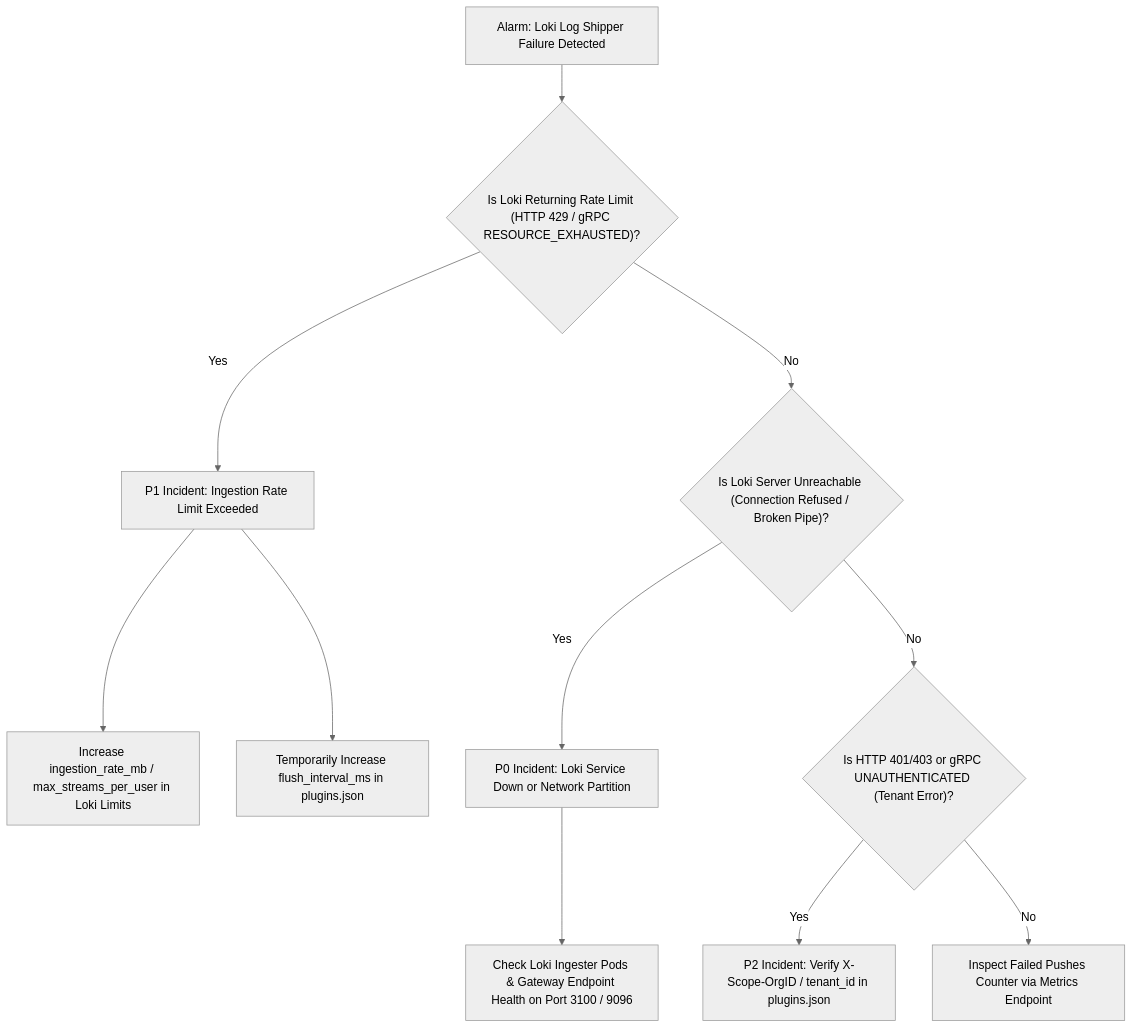
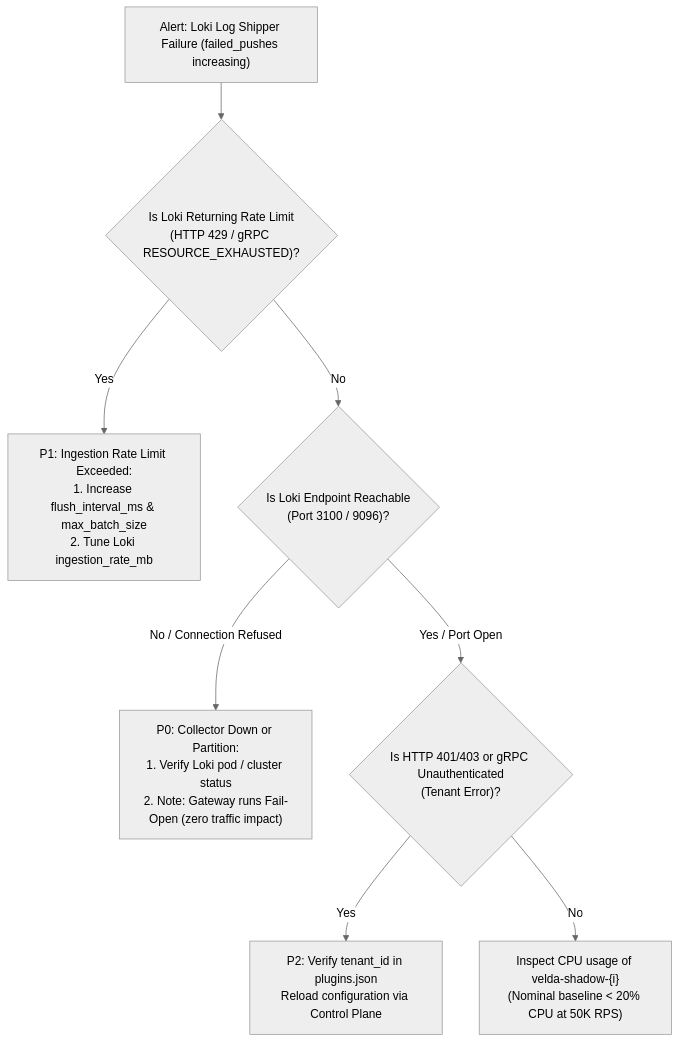
Before and after one commit to phucle996/velda-edge: the diagram in crates/velda-plugin/src/background/loki_log_shipper/RUNBOOK.md, drawn with Mermaid (neutral theme). The commit also changed other lines of this file and 68 other files, not shown here.

````diff
--- a/crates/velda-plugin/src/background/loki_log_shipper/RUNBOOK.md
+++ b/crates/velda-plugin/src/background/loki_log_shipper/RUNBOOK.md
@@ -29,13 +95,13 @@
 ```mermaid
 flowchart TD
-    A["Alarm: Loki Log Shipper Failure Detected"] --> B{"Is Loki Returning Rate Limit (HTTP 429 / gRPC RESOURCE_EXHAUSTED)?"}
-    B -- Yes --> C["P1 Incident: Ingestion Rate Limit Exceeded"]
-    C --> D["Increase ingestion_rate_mb / max_streams_per_user in Loki Limits"]
-    C --> E["Temporarily Increase flush_interval_ms in plugins.json"]
-    B -- No --> F{"Is Loki Server Unreachable (Connection Refused / Broken Pipe)?"}
-    F -- Yes --> G["P0 Incident: Loki Service Down or Network Partition"]
-    G --> H["Check Loki Ingester Pods & Gateway Endpoint Health on Port 3100 / 9096"]
-    F -- No --> I{"Is HTTP 401/403 or gRPC UNAUTHENTICATED (Tenant Error)?"}
-    I -- Yes --> J["P2 Incident: Verify X-Scope-OrgID / tenant_id in plugins.json"]
-    I -- No --> K["Inspect Failed Pushes Counter via Metrics Endpoint"]
+    ALERT["Alert: Loki Log Shipper Failure (failed_pushes increasing)"] --> CHK_RATE{"Is Loki Returning Rate Limit\n(HTTP 429 / gRPC RESOURCE_EXHAUSTED)?"}
+
+    CHK_RATE -->|"Yes"| FIX_RATE["P1: Ingestion Rate Limit Exceeded:\n1. Increase flush_interval_ms & max_batch_size\n2. Tune Loki ingestion_rate_mb"]
+    CHK_RATE -->|"No"| CHK_CONN{"Is Loki Endpoint Reachable\n(Port 3100 / 9096)?"}
+
+    CHK_CONN -->|"No / Connection Refused"| ACT_P0["P0: Collector Down or Partition:\n1. Verify Loki pod / cluster status\n2. Note: Gateway runs Fail-Open (zero traffic impact)"]
+    CHK_CONN -->|"Yes / Port Open"| CHK_AUTH{"Is HTTP 401/403 or gRPC Unauthenticated\n(Tenant Error)?"}
+
+    CHK_AUTH -->|"Yes"| FIX_AUTH["P2: Verify tenant_id in plugins.json\nReload configuration via Control Plane"]
+    CHK_AUTH -->|"No"| CHK_THREAD["Inspect CPU usage of velda-shadow-{i}\n(Nominal baseline < 20% CPU at 50K RPS)"]
 ```
````
